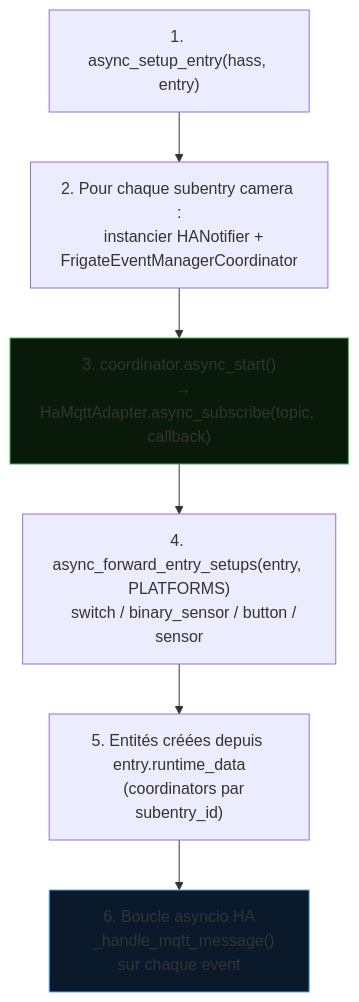
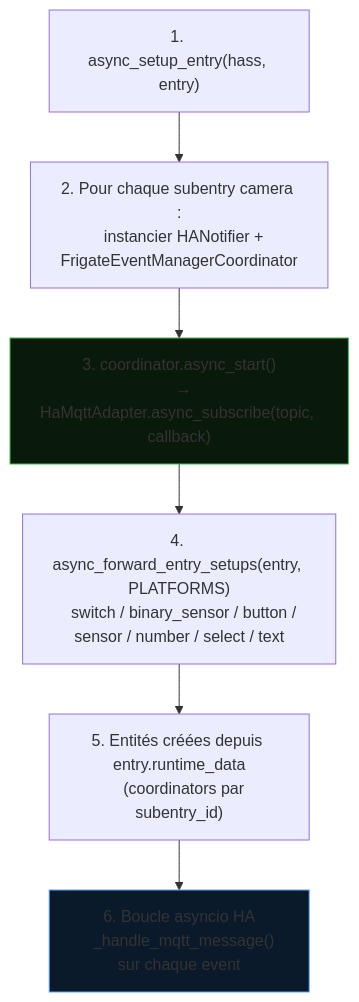
Before and after one commit to trowaflo/frigate-event-manager: the fourth of 4 diagrams in docs/architecture.md, drawn with Mermaid. The commit also changed other lines of this file and 3 other files, not shown here.

Commit message:
refactor: async_remove_store() + clamp bornes number + architecture.md entités

````diff
--- a/docs/architecture.md
+++ b/docs/architecture.md
@@ -216,14 +223,14 @@
 ```mermaid
 graph TD
     S1["1. async_setup_entry(hass, entry)"]
     S2["2. Pour chaque subentry camera :\n   instancier HANotifier + FrigateEventManagerCoordinator"]
     S3["3. coordinator.async_start()\n   → HaMqttAdapter.async_subscribe(topic, callback)"]
-    S4["4. async_forward_entry_setups(entry, PLATFORMS)\n   switch / binary_sensor / button / sensor"]
+    S4["4. async_forward_entry_setups(entry, PLATFORMS)\n   switch / binary_sensor / button / sensor / number / select / text"]
     S5["5. Entités créées depuis entry.runtime_data\n   (coordinators par subentry_id)"]
     S6["6. Boucle asyncio HA\n   _handle_mqtt_message() sur chaque event"]
 
     S1 --> S2 --> S3 --> S4 --> S5 --> S6
 
     style S3 fill:#0a1a0a,stroke:#3fb950
     style S6 fill:#0a1a2a,stroke:#58a6ff
 ```
````
